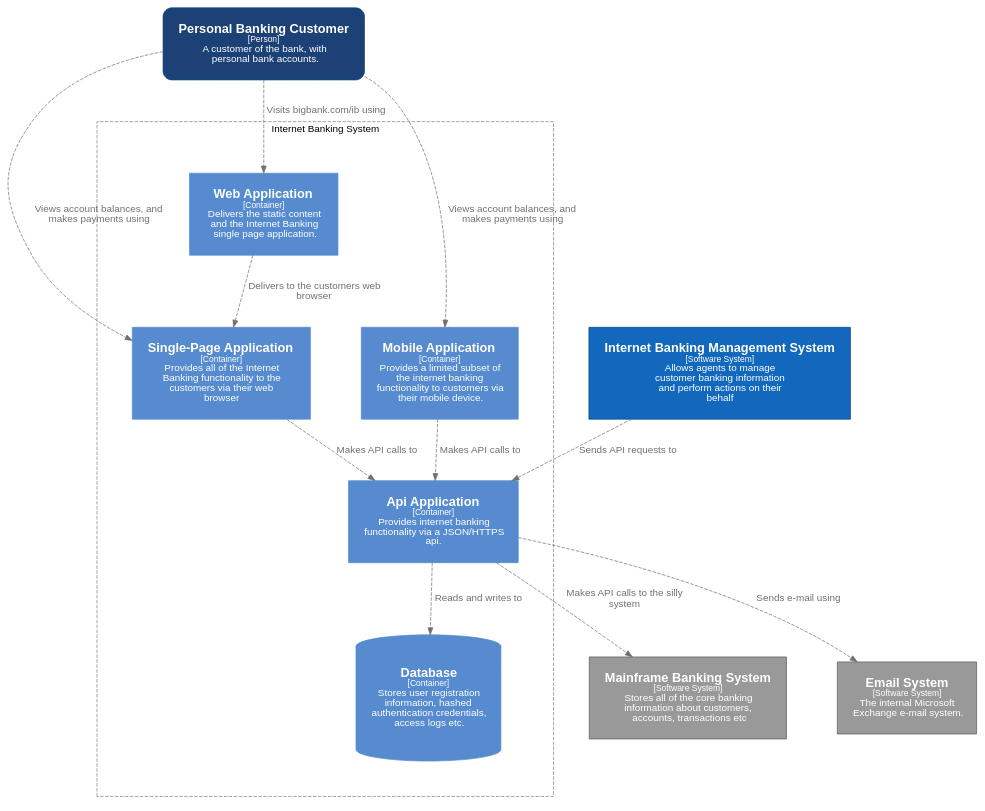
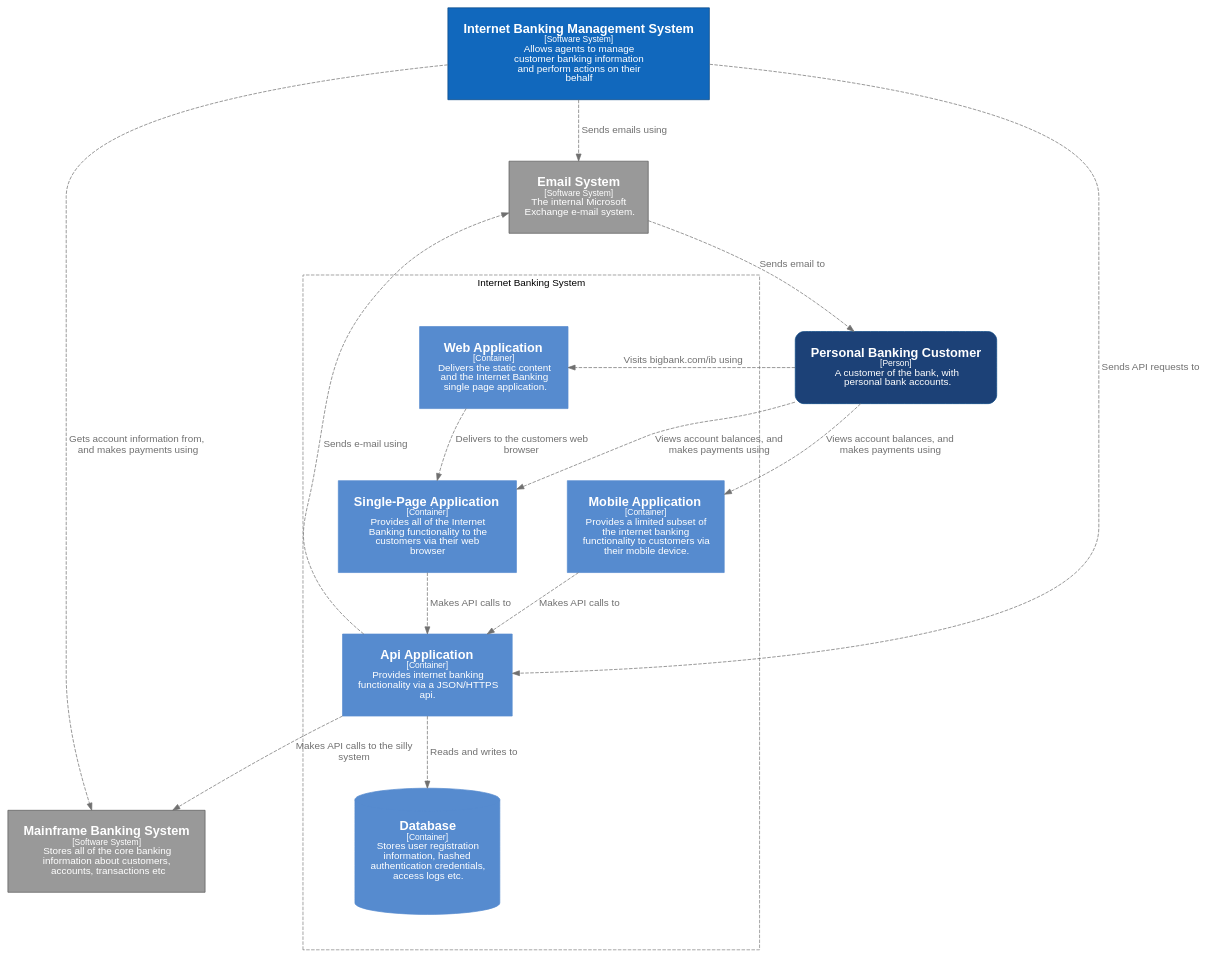
One commit to c4mjs/c4mjs changed the diagram in packages/graphviz/src/__stubs__/internetBankingSystem.c2.dot. Above: the diagram before and after it, drawn with Graphviz. The commit also changed 10 other files, not shown here.

```diff
--- a/packages/graphviz/src/__stubs__/internetBankingSystem.c2.dot
+++ b/packages/graphviz/src/__stubs__/internetBankingSystem.c2.dot
@@ -1,108 +1,111 @@
 digraph {
     compound=true
     graph [fontname="Arial", rankdir=TB, ranksep=1.0, nodesep=1.0]
     node [fontname="Arial", shape=box, margin="0.3,0.3"]
     edge [fontname="Arial"]
 
     subgraph cluster_internetBankingSystem {
         label = "Internet Banking System"
         style = "dashed"
         color = "grey"
         margin="50,50"
         
         internetBanking__internetBankingSystem__apiApp [
         id="internetBanking__internetBankingSystem__apiApp",
         shape="rectangle",
         label=<<font point-size="18"><b>Api Application</b></font><br /><font point-size="12">[Container]</font><br /><font point-size="14">  Provides internet banking <br />functionality via a JSON/HTTPS <br />api.</font>>,
         style="filled",
         color="#568BCF",
         fillcolor="#568BCF",
         fontcolor="#ffffff"
     ]
+internetBanking__internetBankingSystem__webApp [
+        id="internetBanking__internetBankingSystem__webApp",
+        shape="rectangle",
+        label=<<font point-size="18"><b>Web Application</b></font><br /><font point-size="12">[Container]</font><br /><font point-size="14">  Delivers the static content <br />and the Internet Banking <br />single page application.</font>>,
+        style="filled",
+        color="#568BCF",
+        fillcolor="#568BCF",
+        fontcolor="#ffffff"
+    ]
 internetBanking__internetBankingSystem__singlePageApp [
         id="internetBanking__internetBankingSystem__singlePageApp",
         shape="rectangle",
         label=<<font point-size="18"><b>Single-Page Application</b></font><br /><font point-size="12">[Container]</font><br /><font point-size="14">  Provides all of the Internet <br />Banking functionality to the <br />customers via their web <br />browser</font>>,
         style="filled",
         color="#568BCF",
         fillcolor="#568BCF",
         fontcolor="#ffffff"
     ]
 internetBanking__internetBankingSystem__mobileApp [
         id="internetBanking__internetBankingSystem__mobileApp",
         shape="rectangle",
         label=<<font point-size="18"><b>Mobile Application</b></font><br /><font point-size="12">[Container]</font><br /><font point-size="14">  Provides a limited subset of <br />the internet banking <br />functionality to customers via <br />their mobile device.</font>>,
-        style="filled",
-        color="#568BCF",
-        fillcolor="#568BCF",
-        fontcolor="#ffffff"
-    ]
-internetBanking__internetBankingSystem__webApp [
-        id="internetBanking__internetBankingSystem__webApp",
-        shape="rectangle",
-        label=<<font point-size="18"><b>Web Application</b></font><br /><font point-size="12">[Container]</font><br /><font point-size="14">  Delivers the static content <br />and the Internet Banking <br />single page application.</font>>,
         style="filled",
         color="#568BCF",
         fillcolor="#568BCF",
         fontcolor="#ffffff"
     ]
 internetBanking__internetBankingSystem__database [
         id="internetBanking__internetBankingSystem__database",
         shape="cylinder",
         label=<<font point-size="18"><b>Database</b></font><br /><font point-size="12">[Container]</font><br /><font point-size="14">  Stores user registration <br />information, hashed <br />authentication credentials, <br />access logs etc.</font>>,
         style="filled",
         color="#568BCF",
         fillcolor="#568BCF",
         fontcolor="#ffffff"
     ]
         
     }
 
 internetBankingAgent__internetBankingManagementSystem [
         id="internetBankingAgent__internetBankingManagementSystem",
         shape="rectangle",
         label=<<font point-size="18"><b>Internet Banking Management System</b></font><br /><font point-size="12">[Software System]</font><br /><font point-size="14">  Allows agents to manage <br />customer banking information <br />and perform actions on their <br />behalf</font>>,
         style="filled",
         color="#0b4884",
         fillcolor="#1168bd",
         fontcolor="#ffffff"
     ]
-internetBanking__customer [
-        id="internetBanking__customer",
-        shape="rectangle",
-        label=<<font point-size="18"><b>Personal Banking Customer</b></font><br /><font point-size="12">[Person]</font><br /><font point-size="14">  A customer of the bank, with <br />personal bank accounts.</font>>,
-        style="filled,rounded",
-        color="#0b4884",
-        fillcolor="#1C4177",
-        fontcolor="#ffffff"
-    ]
 internetBanking__mainframeBankingSystem [
         id="internetBanking__mainframeBankingSystem",
         shape="rectangle",
         label=<<font point-size="18"><b>Mainframe Banking System</b></font><br /><font point-size="12">[Software System]</font><br /><font point-size="14">  Stores all of the core banking <br />information about customers, <br />accounts, transactions etc</font>>,
         style="filled",
         color="#5a5a5a",
         fillcolor="#999999",
         fontcolor="#ffffff"
     ]
 internetBanking__emailSystem [
         id="internetBanking__emailSystem",
         shape="rectangle",
         label=<<font point-size="18"><b>Email System</b></font><br /><font point-size="12">[Software System]</font><br /><font point-size="14">  The internal Microsoft <br />Exchange e-mail system.</font>>,
         style="filled",
         color="#5a5a5a",
         fillcolor="#999999",
         fontcolor="#ffffff"
     ]
-internetBankingAgent__internetBankingManagementSystem -> internetBanking__internetBankingSystem__apiApp [ id="100001", label=<<font point-size="14">  Sends API requests to</font>>, style="dashed", color="#707070", fontcolor="#707070" ]
-internetBanking__customer -> internetBanking__internetBankingSystem__singlePageApp [ id="100006", label=<<font point-size="14">  Views account balances, and <br />makes payments using</font>>, style="dashed", color="#707070", fontcolor="#707070" ]
-internetBanking__customer -> internetBanking__internetBankingSystem__mobileApp [ id="100007", label=<<font point-size="14">  Views account balances, and <br />makes payments using</font>>, style="dashed", color="#707070", fontcolor="#707070" ]
-internetBanking__internetBankingSystem__mobileApp -> internetBanking__internetBankingSystem__apiApp [ id="100009", label=<<font point-size="14">  Makes API calls to</font>>, style="dashed", color="#707070", fontcolor="#707070" ]
-internetBanking__internetBankingSystem__apiApp -> internetBanking__mainframeBankingSystem [ id="100011", label=<<font point-size="14">  Makes API calls to the silly <br />system</font>>, style="dashed", color="#707070", fontcolor="#707070" ]
-internetBanking__internetBankingSystem__webApp -> internetBanking__internetBankingSystem__singlePageApp [ id="100012", label=<<font point-size="14">  Delivers to the customers web <br />browser</font>>, style="dashed", color="#707070", fontcolor="#707070" ]
-internetBanking__internetBankingSystem__singlePageApp -> internetBanking__internetBankingSystem__apiApp [ id="100013", label=<<font point-size="14">  Makes API calls to</font>>, style="dashed", color="#707070", fontcolor="#707070" ]
-internetBanking__customer -> internetBanking__internetBankingSystem__webApp [ id="100014", label=<<font point-size="14">  Visits bigbank.com/ib using</font>>, style="dashed", color="#707070", fontcolor="#707070" ]
-internetBanking__internetBankingSystem__apiApp -> internetBanking__emailSystem [ id="100015", label=<<font point-size="14">  Sends e-mail using</font>>, style="dashed", color="#707070", fontcolor="#707070" ]
-internetBanking__internetBankingSystem__apiApp -> internetBanking__internetBankingSystem__database [ id="100017", label=<<font point-size="14">  Reads and writes to</font>>, style="dashed", color="#707070", fontcolor="#707070" ]
+internetBanking__customer [
+        id="internetBanking__customer",
+        shape="rectangle",
+        label=<<font point-size="18"><b>Personal Banking Customer</b></font><br /><font point-size="12">[Person]</font><br /><font point-size="14">  A customer of the bank, with <br />personal bank accounts.</font>>,
+        style="filled,rounded",
+        color="#0b4884",
+        fillcolor="#1C4177",
+        fontcolor="#ffffff"
+    ]
+internetBankingAgent__internetBankingManagementSystem -> internetBanking__mainframeBankingSystem [ id="100020", label=<<font point-size="14">  Gets account information from, <br />and makes payments using</font>>, style="dashed", color="#707070", fontcolor="#707070" ]
+internetBankingAgent__internetBankingManagementSystem -> internetBanking__emailSystem [ id="100021", label=<<font point-size="14">  Sends emails using</font>>, style="dashed", color="#707070", fontcolor="#707070" ]
+internetBanking__emailSystem -> internetBanking__customer [ id="100023", label=<<font point-size="14">  Sends email to</font>>, style="dashed", color="#707070", fontcolor="#707070" ]
+internetBankingAgent__internetBankingManagementSystem -> internetBanking__internetBankingSystem__apiApp [ id="100026", label=<<font point-size="14">  Sends API requests to</font>>, style="dashed", color="#707070", fontcolor="#707070" ]
+internetBanking__customer -> internetBanking__internetBankingSystem__webApp [ id="100027", label=<<font point-size="14">  Visits bigbank.com/ib using</font>>, style="dashed", color="#707070", fontcolor="#707070" ]
+internetBanking__internetBankingSystem__webApp -> internetBanking__internetBankingSystem__singlePageApp [ id="100028", label=<<font point-size="14">  Delivers to the customers web <br />browser</font>>, style="dashed", color="#707070", fontcolor="#707070" ]
+internetBanking__customer -> internetBanking__internetBankingSystem__mobileApp [ id="100029", label=<<font point-size="14">  Views account balances, and <br />makes payments using</font>>, style="dashed", color="#707070", fontcolor="#707070" ]
+internetBanking__internetBankingSystem__mobileApp -> internetBanking__internetBankingSystem__apiApp [ id="100030", label=<<font point-size="14">  Makes API calls to</font>>, style="dashed", color="#707070", fontcolor="#707070" ]
+internetBanking__internetBankingSystem__singlePageApp -> internetBanking__internetBankingSystem__apiApp [ id="100031", label=<<font point-size="14">  Makes API calls to</font>>, style="dashed", color="#707070", fontcolor="#707070" ]
+internetBanking__internetBankingSystem__apiApp -> internetBanking__internetBankingSystem__database [ id="100032", label=<<font point-size="14">  Reads and writes to</font>>, style="dashed", color="#707070", fontcolor="#707070" ]
+internetBanking__internetBankingSystem__apiApp -> internetBanking__emailSystem [ id="100033", label=<<font point-size="14">  Sends e-mail using</font>>, style="dashed", color="#707070", fontcolor="#707070" ]
+internetBanking__customer -> internetBanking__internetBankingSystem__singlePageApp [ id="100034", label=<<font point-size="14">  Views account balances, and <br />makes payments using</font>>, style="dashed", color="#707070", fontcolor="#707070" ]
+internetBanking__internetBankingSystem__apiApp -> internetBanking__mainframeBankingSystem [ id="100035", label=<<font point-size="14">  Makes API calls to the silly <br />system</font>>, style="dashed", color="#707070", fontcolor="#707070" ]
      
 }
```
